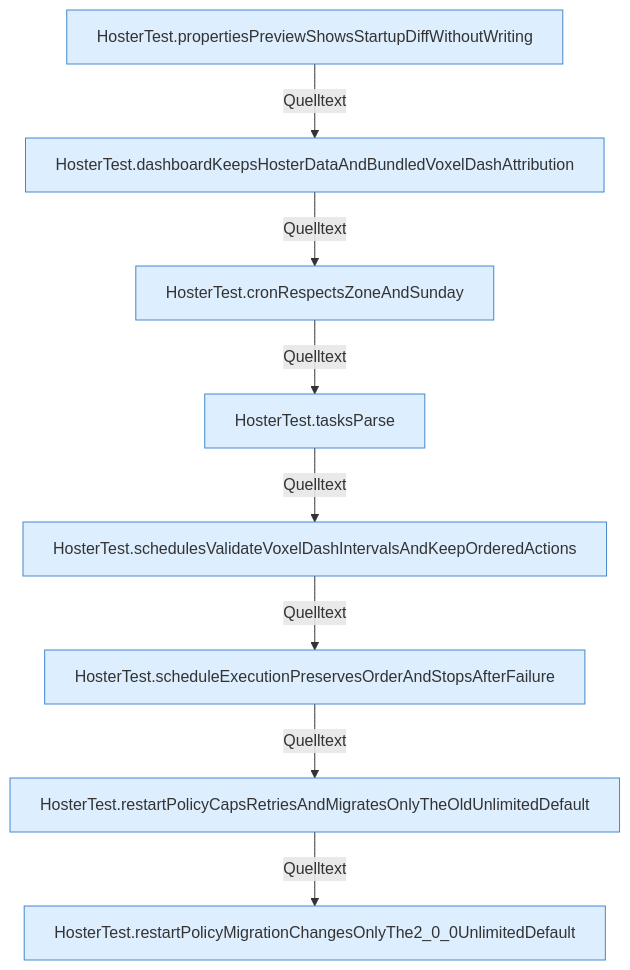
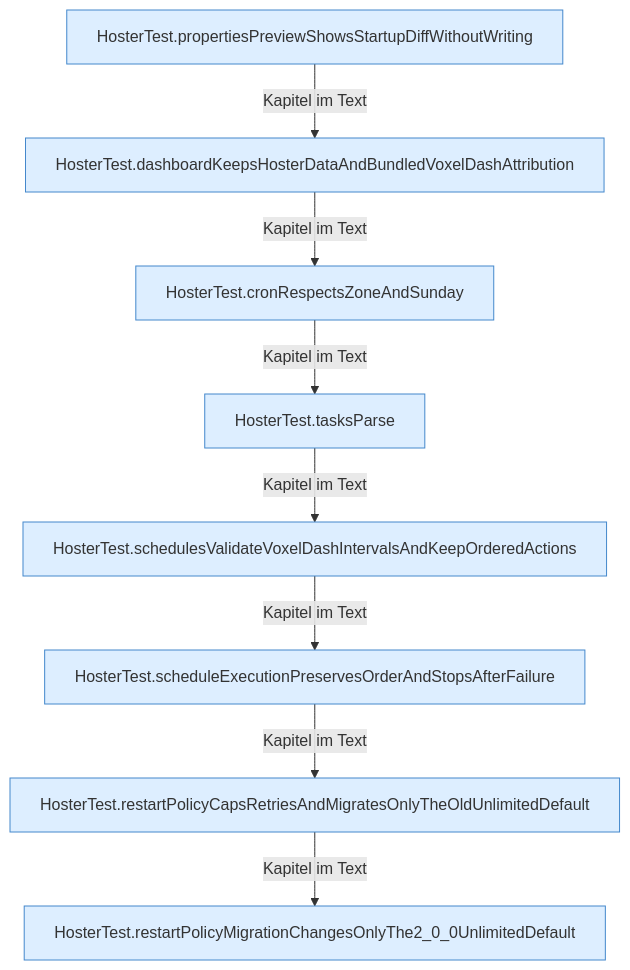
Before and after one commit to PrinceDiamant/minecraft-serverhoster-plugin: the diagram in HosterTest.Teil2.md, drawn with Mermaid. The commit also changed other lines of this file and 2005 other files, not shown here.

````diff
--- a/HosterTest.Teil2.md
+++ b/HosterTest.Teil2.md
@@ -5,20 +5,20 @@
 ```mermaid
 flowchart TD
   n1["HosterTest.propertiesPreviewShowsStartupDiffWithoutWriting"]:::internal-link
   n2["HosterTest.dashboardKeepsHosterDataAndBundledVoxelDashAttribution"]:::internal-link
   n3["HosterTest.cronRespectsZoneAndSunday"]:::internal-link
   n4["HosterTest.tasksParse"]:::internal-link
   n5["HosterTest.schedulesValidateVoxelDashIntervalsAndKeepOrderedActions"]:::internal-link
   n6["HosterTest.scheduleExecutionPreservesOrderAndStopsAfterFailure"]:::internal-link
   n7["HosterTest.restartPolicyCapsRetriesAndMigratesOnlyTheOldUnlimitedDefault"]:::internal-link
   n8["HosterTest.restartPolicyMigrationChangesOnlyThe2_0_0UnlimitedDefault"]:::internal-link
-  n1 -->|"Quelltext"| n2
-  n2 -->|"Quelltext"| n3
-  n3 -->|"Quelltext"| n4
-  n4 -->|"Quelltext"| n5
-  n5 -->|"Quelltext"| n6
-  n6 -->|"Quelltext"| n7
-  n7 -->|"Quelltext"| n8
+  n1 -->|"Kapitel im Text"| n2
+  n2 -->|"Kapitel im Text"| n3
+  n3 -->|"Kapitel im Text"| n4
+  n4 -->|"Kapitel im Text"| n5
+  n5 -->|"Kapitel im Text"| n6
+  n6 -->|"Kapitel im Text"| n7
+  n7 -->|"Kapitel im Text"| n8
   classDef internal-link fill:#ddeeff,stroke:#4488cc
   classDef befund fill:#f88
 ```
````
